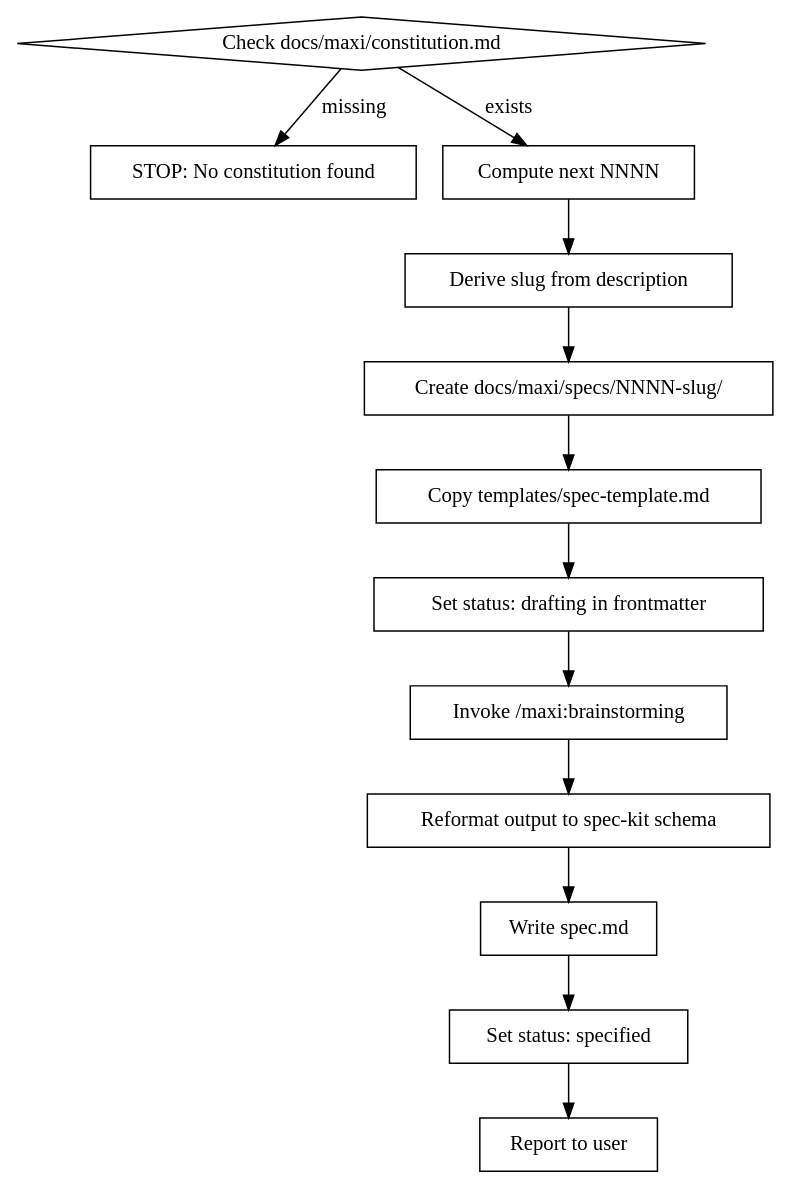
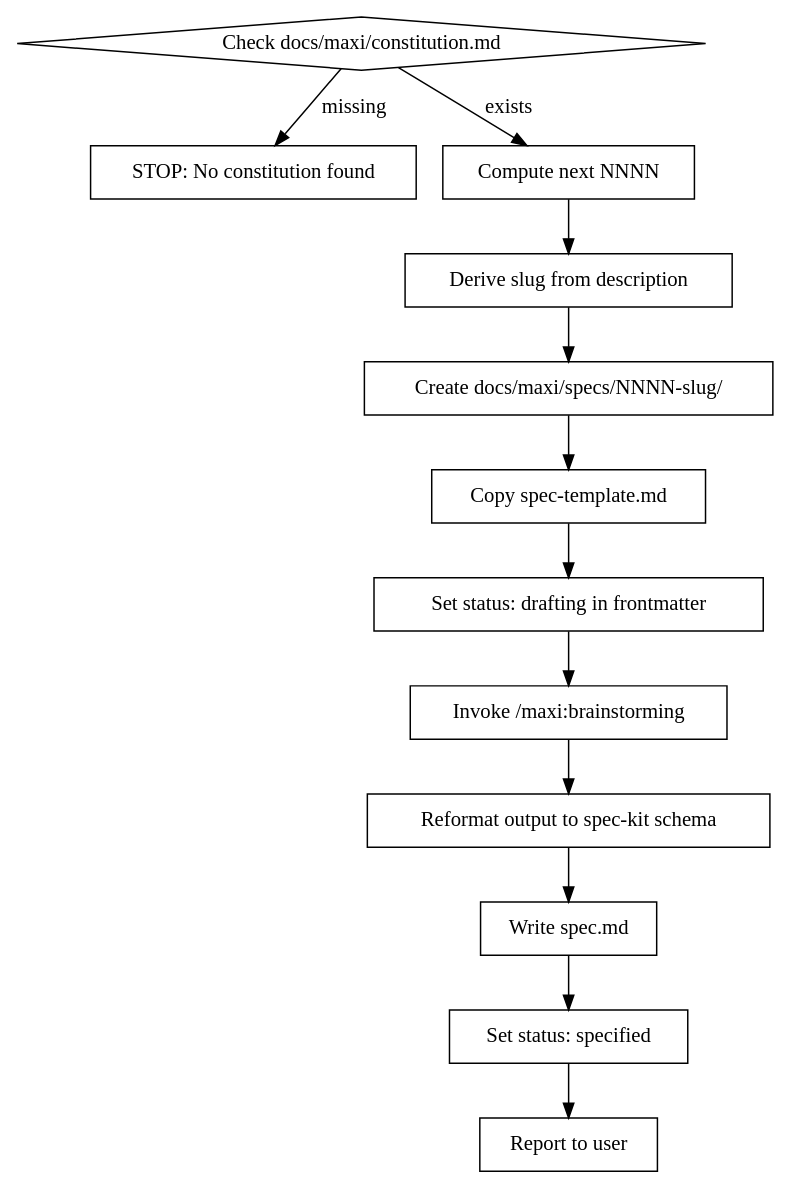
Before and after one commit to amoutiers/maxi-superpowers: the diagram in skills/specify/SKILL.md, drawn with Graphviz. The commit also changed other lines of this file and 21 other files, not shown here.

First line of the commit message:
chore(templates): co-locate templates with skills + uniformize to maxi format

````diff
--- a/skills/specify/SKILL.md
+++ b/skills/specify/SKILL.md
@@ -17,28 +17,28 @@
 ```dot
 digraph specify {
     "Check docs/maxi/constitution.md" [shape=diamond];
     "STOP: No constitution found" [shape=box];
     "Compute next NNNN" [shape=box];
     "Derive slug from description" [shape=box];
     "Create docs/maxi/specs/NNNN-slug/" [shape=box];
-    "Copy templates/spec-template.md" [shape=box];
+    "Copy spec-template.md" [shape=box];
     "Set status: drafting in frontmatter" [shape=box];
     "Invoke /maxi:brainstorming" [shape=box];
     "Reformat output to spec-kit schema" [shape=box];
     "Write spec.md" [shape=box];
     "Set status: specified" [shape=box];
     "Report to user" [shape=box];
 
     "Check docs/maxi/constitution.md" -> "STOP: No constitution found" [label="missing"];
     "Check docs/maxi/constitution.md" -> "Compute next NNNN" [label="exists"];
     "Compute next NNNN" -> "Derive slug from description";
     "Derive slug from description" -> "Create docs/maxi/specs/NNNN-slug/";
-    "Create docs/maxi/specs/NNNN-slug/" -> "Copy templates/spec-template.md";
-    "Copy templates/spec-template.md" -> "Set status: drafting in frontmatter";
+    "Create docs/maxi/specs/NNNN-slug/" -> "Copy spec-template.md";
+    "Copy spec-template.md" -> "Set status: drafting in frontmatter";
     "Set status: drafting in frontmatter" -> "Invoke /maxi:brainstorming";
     "Invoke /maxi:brainstorming" -> "Reformat output to spec-kit schema";
     "Reformat output to spec-kit schema" -> "Write spec.md";
     "Write spec.md" -> "Set status: specified";
     "Set status: specified" -> "Report to user";
 }
 ```
````
